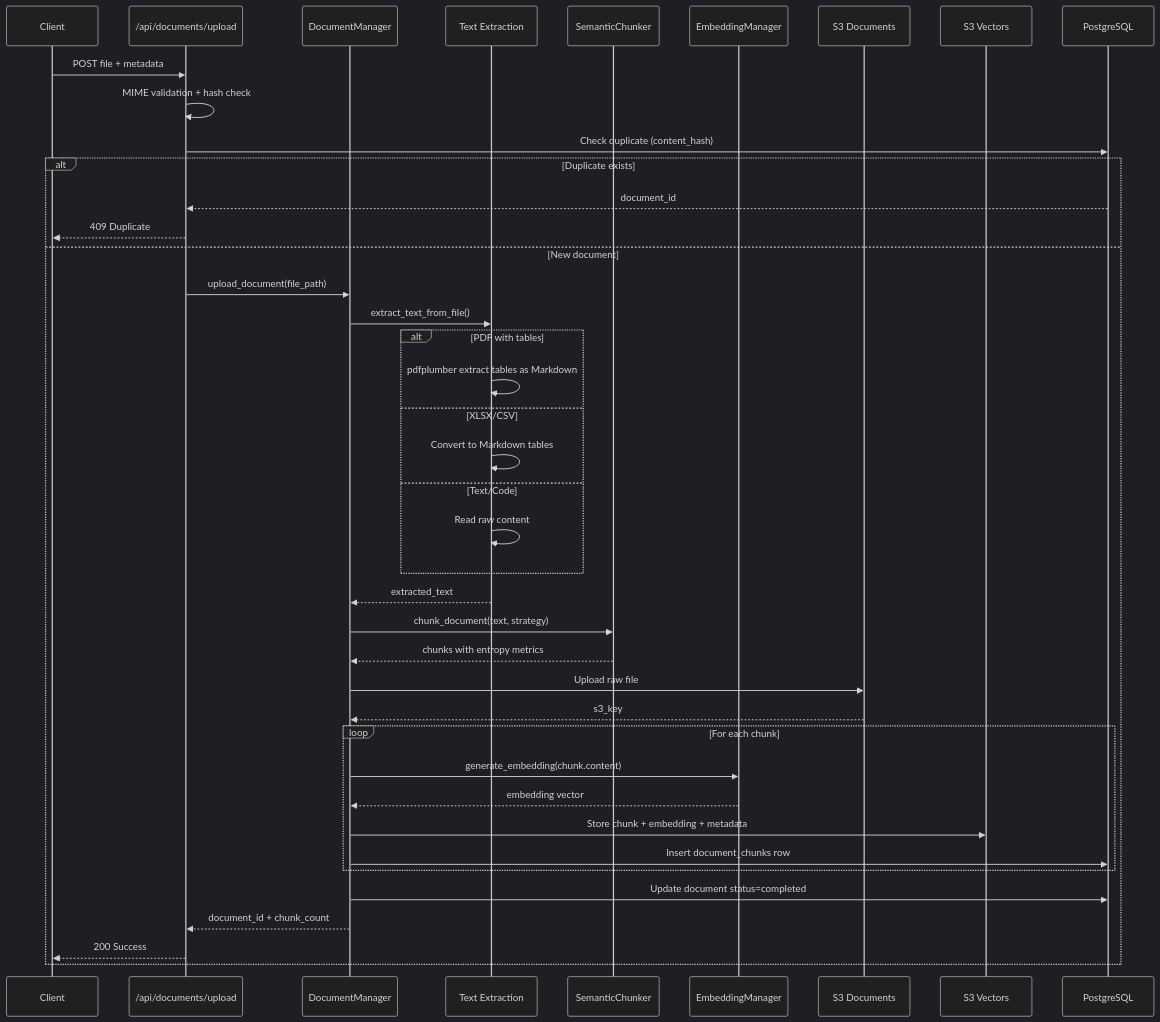
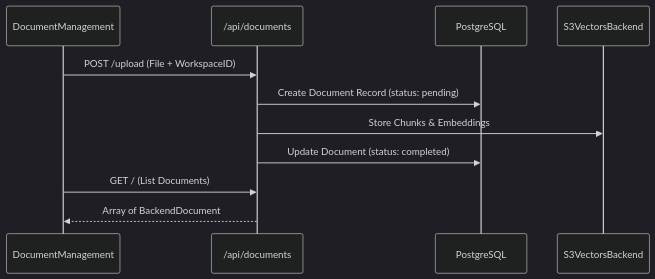
The second of 2 diagrams in docs/knowledge-base-rag/_index.md (AutomatosAI/automatos-ai), drawn with Mermaid (dark theme) before and after one commit. The commit also changed other lines of this file and 149 other files, not shown here.

Commit message:
docs: refresh documentation with graphify semantic scan

````diff
--- a/docs/knowledge-base-rag/_index.md
+++ b/docs/knowledge-base-rag/_index.md
@@ -119,50 +151,14 @@
 ```mermaid
 sequenceDiagram
-    participant Client
-    participant API as /api/documents/upload
-    participant DocMgr as DocumentManager
-    participant Extractor as Text Extraction
-    participant Chunker as SemanticChunker
-    participant Embedder as EmbeddingManager
-    participant S3D as S3 Documents
-    participant S3V as S3 Vectors
-    participant PG as PostgreSQL
-    
-    Client->>API: POST file + metadata
-    API->>API: MIME validation + hash check
-    API->>PG: Check duplicate (content_hash)
-    
-    alt Duplicate exists
-        PG-->>API: document_id
-        API-->>Client: 409 Duplicate
-    else New document
-        API->>DocMgr: upload_document(file_path)
-        DocMgr->>Extractor: extract_text_from_file()
-        
-        alt PDF with tables
-            Extractor->>Extractor: pdfplumber extract tables as Markdown
-        else XLSX/CSV
-            Extractor->>Extractor: Convert to Markdown tables
-        else Text/Code
-            Extractor->>Extractor: Read raw content
-        end
-        
-        Extractor-->>DocMgr: extracted_text
-        DocMgr->>Chunker: chunk_document(text, strategy)
-        Chunker-->>DocMgr: chunks with entropy metrics
-        
-        DocMgr->>S3D: Upload raw file
-        S3D-->>DocMgr: s3_key
-        
-        loop For each chunk
-            DocMgr->>Embedder: generate_embedding(chunk.content)
-            Embedder-->>DocMgr: embedding vector
-            DocMgr->>S3V: Store chunk + embedding + metadata
-            DocMgr->>PG: Insert document_chunks row
-        end
-        
-        DocMgr->>PG: Update document status=completed
-        DocMgr-->>API: document_id + chunk_count
-        API-->>Client: 200 Success
-    end
+    participant UI as DocumentManagement
+    participant API as /api/documents
+    participant DB as PostgreSQL
+    participant S3 as S3VectorsBackend
+
+    UI->>API: POST /upload (File + WorkspaceID)
+    API->>DB: Create Document Record (status: pending)
+    API->>S3: Store Chunks & Embeddings
+    API->>DB: Update Document (status: completed)
+    UI->>API: GET / (List Documents)
+    API-->>UI: Array of BackendDocument
 ```
````
